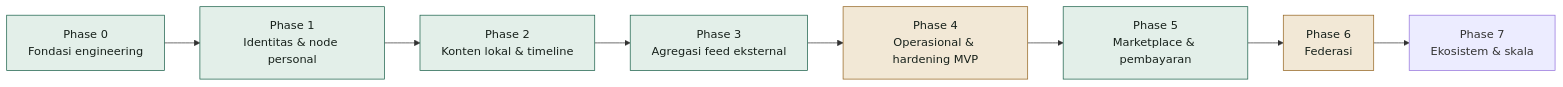
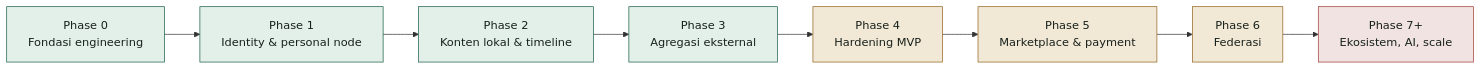
The first of 2 diagrams in documentation/PROGRESS-REPORT.id.md (kukuhtw/fpdp), drawn with Mermaid before and after one commit. The commit also changed other lines of this file and 1 other file, not shown here.

Commit message:
Update PROGRESS-REPORT.id.md: Revise progress report structure, enhance clarity, and expand details on completed and ongoing tasks. Adjust sections for better readability and update status of various workstreams, including identity, marketplace, payment, and federation functionalities.

````diff
--- a/documentation/PROGRESS-REPORT.id.md
+++ b/documentation/PROGRESS-REPORT.id.md
@@ -22,16 +21,17 @@
 ```mermaid
 flowchart LR
-    P0["Phase 0<br/>Fondasi engineering"] --> P1["Phase 1<br/>Identitas & node personal"]
+    P0["Phase 0<br/>Fondasi engineering"] --> P1["Phase 1<br/>Identity & personal node"]
     P1 --> P2["Phase 2<br/>Konten lokal & timeline"]
-    P2 --> P3["Phase 3<br/>Agregasi feed eksternal"]
-    P3 --> P4["Phase 4<br/>Operasional & hardening MVP"]
-    P4 --> P5["Phase 5<br/>Marketplace & pembayaran"]
+    P2 --> P3["Phase 3<br/>Agregasi eksternal"]
+    P3 --> P4["Phase 4<br/>Hardening MVP"]
+    P4 --> P5["Phase 5<br/>Marketplace & payment"]
     P5 --> P6["Phase 6<br/>Federasi"]
-    P6 --> P7["Phase 7<br/>Ekosistem & skala"]
+    P6 --> P7["Phase 7+<br/>Ekosistem, AI, scale"]
 
     classDef done fill:#e3efe9,stroke:#185f48,color:#17211b;
     classDef partial fill:#f2e8d6,stroke:#93631e,color:#17211b;
-    classDef todo fill:#f1e3e1,stroke:#a13d37,color:#17211b;
-    class P0,P1,P2,P3,P5 done;
-    class P4,P6 partial;
+    classDef planned fill:#f1e3e1,stroke:#a13d37,color:#17211b;
+    class P0,P1,P2,P3 done;
+    class P4,P5,P6 partial;
+    class P7 planned;
 ```
````
